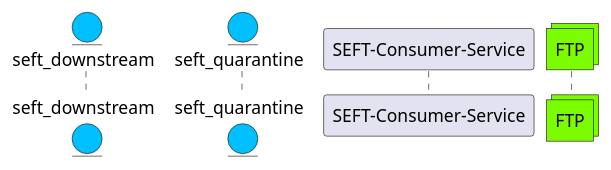
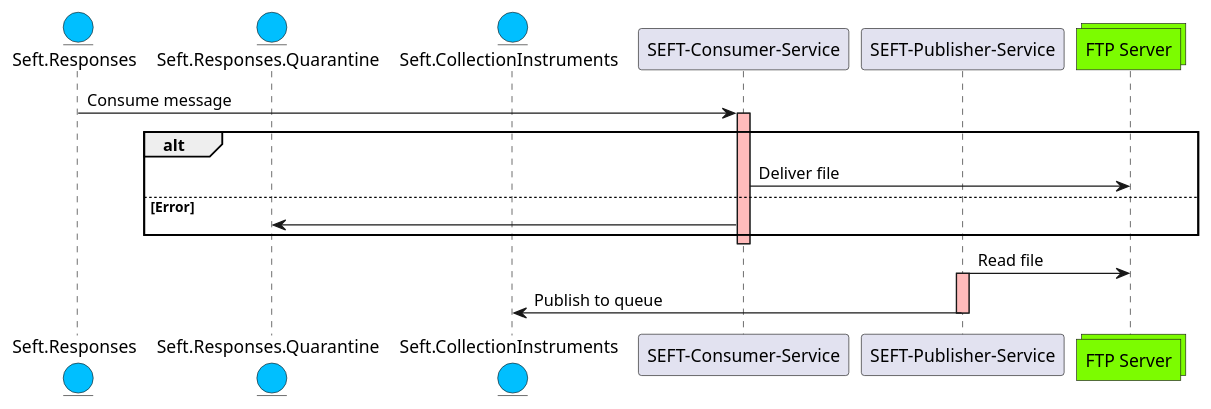
The diagram in docs/uml/seft-sequence.puml (ONSdigital/sdx-compose), drawn with PlantUML before and after one commit. The commit also changed 1 other file, not shown here.

Commit message:
updated diagrams

```diff
--- a/docs/uml/seft-sequence.puml
+++ b/docs/uml/seft-sequence.puml
@@ -1,13 +1,30 @@
 @startuml
 
 skinparam EntityBackgroundColor DeepSkyBlue
 skinparam DatabaseBackgroundColor DeepSkyBlue
 skinparam CollectionsBackgroundColor LawnGreen
 
-entity seft_downstream
-entity seft_quarantine
+entity Seft.Responses as srq
+entity Seft.Responses.Quarantine as srqq
+entity Seft.CollectionInstruments as sciq
 
-participant "SEFT-Consumer-Service"
-collections FTP
+participant "SEFT-Consumer-Service" as scs
+participant "SEFT-Publisher-Service" as sps
+collections "FTP Server" as ftp
+
+srq -> scs : Consume message
+activate scs #FFBBBB
+alt
+scs -> ftp : Deliver file
+else Error
+scs -> srqq :
+end
+deactivate scs
+
+
+sps -> ftp : Read file
+activate sps #FFBBBB
+sps -> sciq : Publish to queue
+deactivate sps
 
 @enduml
```
